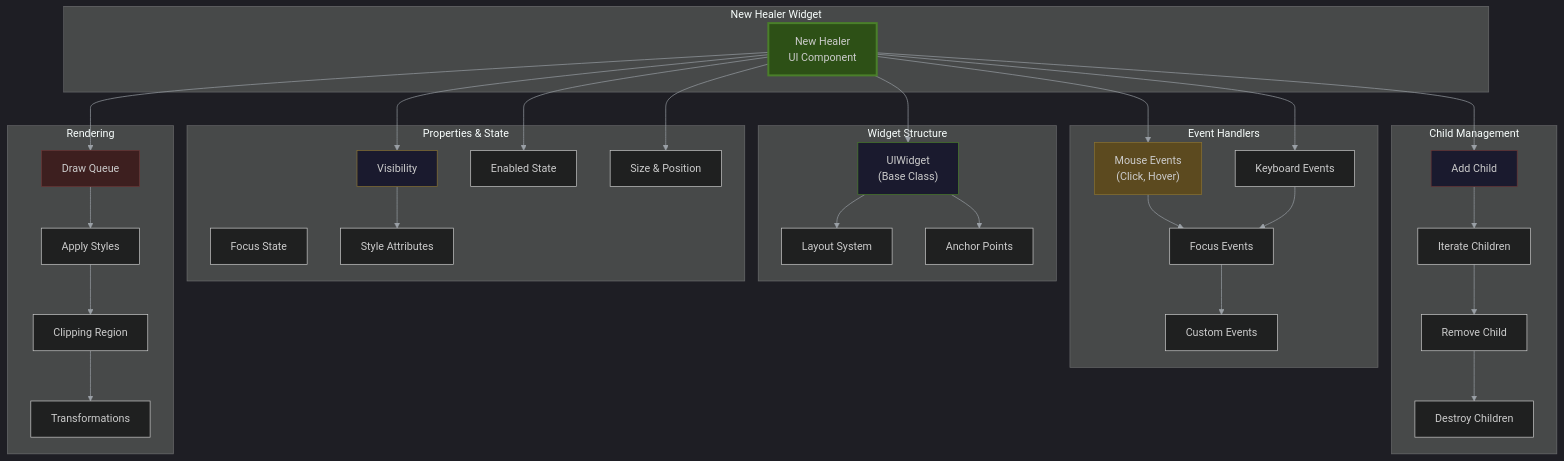
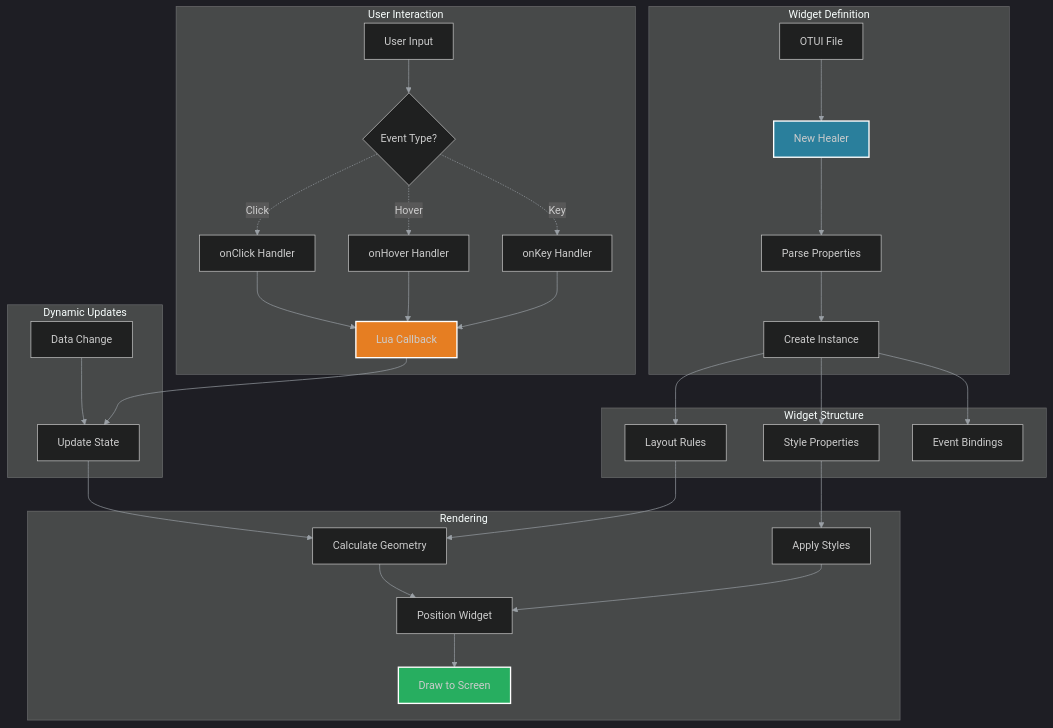
The diagram in docs/authoring/04_ui/otui/game_bot/default_configs/vBot_4.7/diagrams/new_healer.mmd (lukaszj321/otcv8-dev), drawn with Mermaid before and after one commit. The commit also changed 222 other files, not shown here.

Commit message:
refactor: convert all diagrams to conceptual flow format - no truncation, context-focused

```diff
--- a/docs/authoring/04_ui/otui/game_bot/default_configs/vBot_4.7/diagrams/new_healer.mmd
+++ b/docs/authoring/04_ui/otui/game_bot/default_configs/vBot_4.7/diagrams/new_healer.mmd
@@ -1,72 +1,41 @@
 %%{init: {'theme':'dark','themeVariables': {'primaryTextColor':'#ddd','lineColor':'#9aa0a6'},'securityLevel':'loose'}}%%
-graph TB
-    subgraph Widget["New Healer Widget"]
-        W["New Healer<br/>UI Component"]
+graph TD
+    subgraph Definition["Widget Definition"]
+        A[OTUI File] --> B[New Healer]
+        B --> C[Parse Properties]
+        C --> D[Create Instance]
     end
-    
+
     subgraph Structure["Widget Structure"]
-        BASE["UIWidget<br/>(Base Class)"]
-        LAYOUT["Layout System"]
-        ANCHORS["Anchor Points"]
+        D --> E[Layout Rules]
+        D --> F[Style Properties]
+        D --> G[Event Bindings]
     end
-    
-    subgraph Properties["Properties & State"]
-        VISIBLE["Visibility"]
-        ENABLED["Enabled State"]
-        FOCUS["Focus State"]
-        SIZE["Size & Position"]
-        STYLE["Style Attributes"]
+
+    subgraph Rendering["Rendering"]
+        E --> H[Calculate Geometry]
+        F --> I[Apply Styles]
+        H --> J[Position Widget]
+        I --> J
+        J --> K[Draw to Screen]
     end
-    
-    subgraph Events["Event Handlers"]
-        MOUSE["Mouse Events<br/>(Click, Hover)"]
-        KEYBOARD["Keyboard Events"]
-        FOCUS_EV["Focus Events"]
-        CUSTOM["Custom Events"]
+
+    subgraph Interaction["User Interaction"]
+        L[User Input] --> M{Event Type?}
+        M -.Click.-> N[onClick Handler]
+        M -.Hover.-> O[onHover Handler]
+        M -.Key.-> P[onKey Handler]
+        N --> Q[Lua Callback]
+        O --> Q
+        P --> Q
     end
-    
-    subgraph Children["Child Management"]
-        ADD["Add Child"]
-        REMOVE["Remove Child"]
-        ITERATE["Iterate Children"]
-        DESTROY["Destroy Children"]
+
+    subgraph Updates["Dynamic Updates"]
+        Q --> R[Update State]
+        R --> H
+        S[Data Change] --> R
     end
-    
-    subgraph Rendering["Rendering"]
-        DRAW["Draw Queue"]
-        STYLE_RENDER["Apply Styles"]
-        CLIP["Clipping Region"]
-        TRANSFORM["Transformations"]
-    end
-    
-    W --> BASE
-    BASE --> LAYOUT
-    BASE --> ANCHORS
-    
-    W --> VISIBLE
-    W --> ENABLED
-    W --> SIZE
-    VISIBLE --> STYLE
-    
-    W --> MOUSE
-    W --> KEYBOARD
-    MOUSE --> FOCUS_EV
-    KEYBOARD --> FOCUS_EV
-    FOCUS_EV --> CUSTOM
-    
-    W --> ADD
-    ADD --> ITERATE
-    ITERATE --> REMOVE
-    REMOVE --> DESTROY
-    
-    W --> DRAW
-    DRAW --> STYLE_RENDER
-    STYLE_RENDER --> CLIP
-    CLIP --> TRANSFORM
-    
-    style W fill:#2d5016,stroke:#4a7f2a,stroke-width:3px
-    style BASE fill:#1a1a2e,stroke:#4a7f2a
-    style VISIBLE fill:#1a1a2e,stroke:#8b7332
-    style MOUSE fill:#5c4a1f,stroke:#8b7332
-    style ADD fill:#1a1a2e,stroke:#6b3535
-    style DRAW fill:#3d1f1f,stroke:#6b3535
+
+    style B fill:#2a7f9c,stroke:#fff,stroke-width:2px
+    style K fill:#27ae60,stroke:#fff,stroke-width:2px
+    style Q fill:#e67e22,stroke:#fff,stroke-width:2px
```
